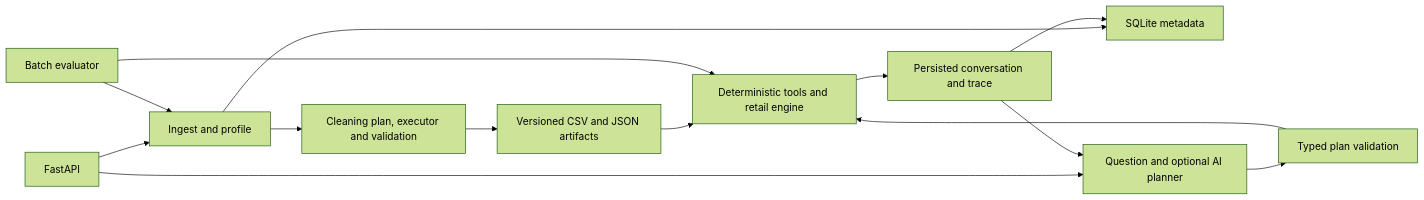
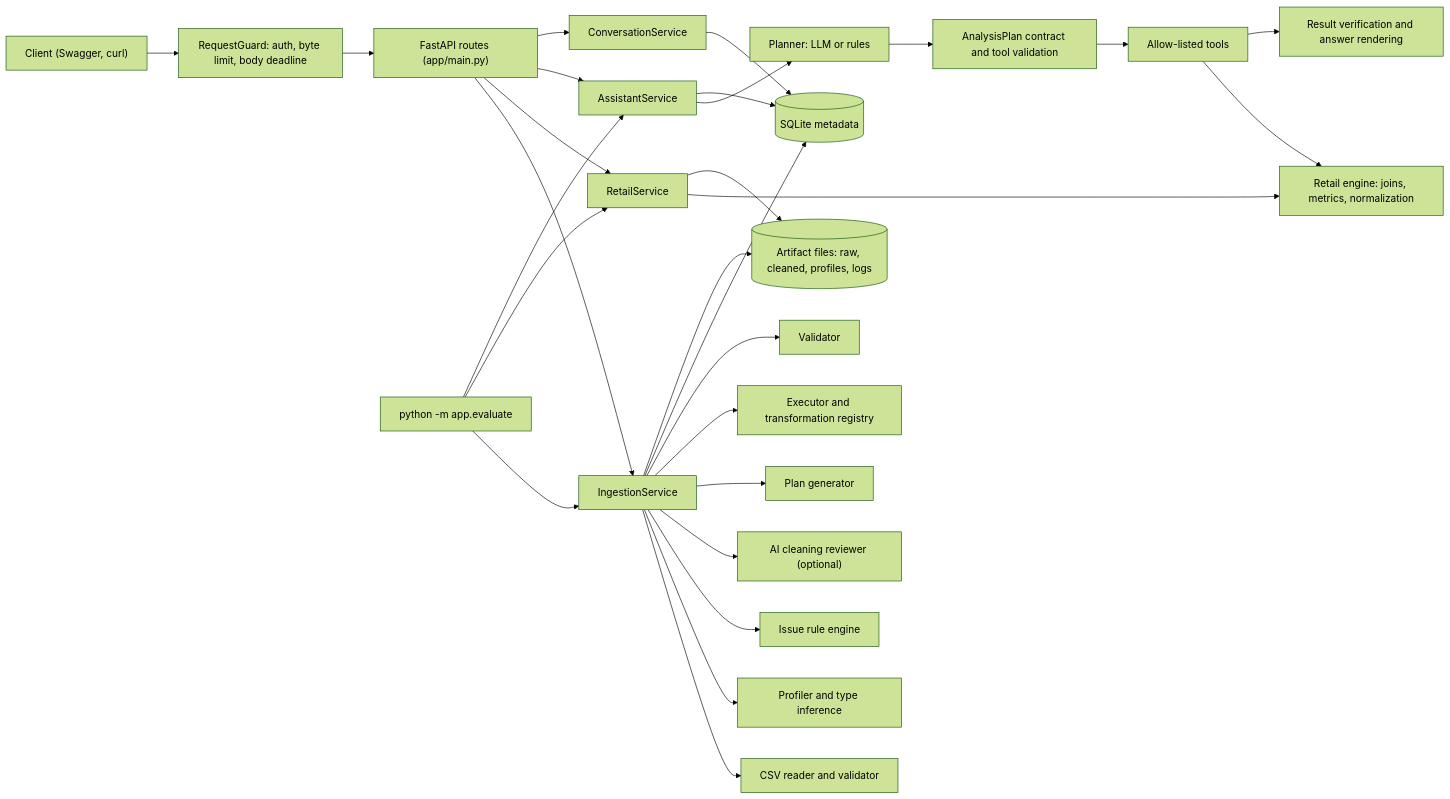
Before and after one commit to ayushverma-codes/datapilot-ai: the first of 2 diagrams in README.md, drawn with Mermaid (forest theme). The commit also changed other lines of this file, not shown here.

````diff
--- a/README.md
+++ b/README.md
@@ -36,16 +120,35 @@
 ```mermaid
 flowchart LR
-    API["FastAPI"] --> ING["Ingest and profile"]
-    ING --> CLEAN["Cleaning plan, executor and validation"]
-    CLEAN --> FILES["Versioned CSV and JSON artifacts"]
-    ING --> DB["SQLite metadata"]
-    API --> PLAN["Question and optional AI planner"]
-    MEM["Persisted conversation and trace"] --> PLAN
-    PLAN --> VALID["Typed plan validation"]
-    VALID --> EXEC["Deterministic tools and retail engine"]
-    FILES --> EXEC
-    EXEC --> MEM
-    MEM --> DB
-    CLI["Batch evaluator"] --> ING
-    CLI --> EXEC
+    Client["Client (Swagger, curl)"] --> Guard["RequestGuard: auth, byte limit, body deadline"]
+    Guard --> API["FastAPI routes (app/main.py)"]
+
+    API --> Ing["IngestionService"]
+    API --> Ret["RetailService"]
+    API --> Asst["AssistantService"]
+    API --> Conv["ConversationService"]
+
+    Ing --> CSV["CSV reader and validator"]
+    Ing --> Prof["Profiler and type inference"]
+    Ing --> Rules["Issue rule engine"]
+    Ing --> AIc["AI cleaning reviewer (optional)"]
+    Ing --> Plan["Plan generator"]
+    Ing --> Exec["Executor and transformation registry"]
+    Ing --> Val["Validator"]
+
+    Ret --> REng["Retail engine: joins, metrics, normalization"]
+    Asst --> Planner["Planner: LLM or rules"]
+    Planner --> Contract["AnalysisPlan contract and tool validation"]
+    Contract --> Tools["Allow-listed tools"]
+    Tools --> REng
+    Tools --> Verify["Result verification and answer rendering"]
+
+    Ing --> DB[("SQLite metadata")]
+    Asst --> DB
+    Conv --> DB
+    Ing --> FS[("Artifact files: raw, cleaned, profiles, logs")]
+    Ret --> FS
+
+    Batch["python -m app.evaluate"] --> Ing
+    Batch --> Ret
+    Batch --> Asst
 ```
````
